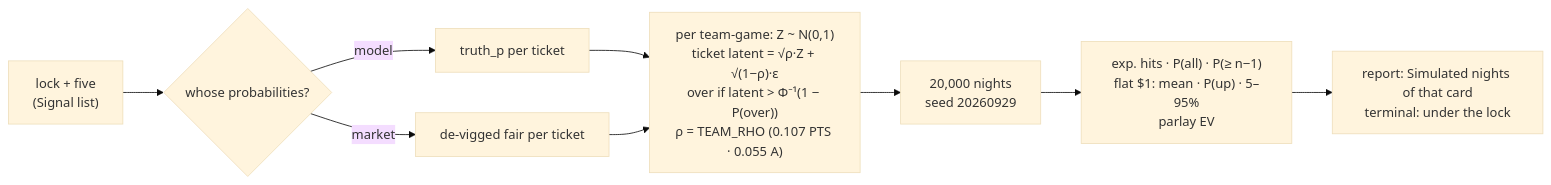
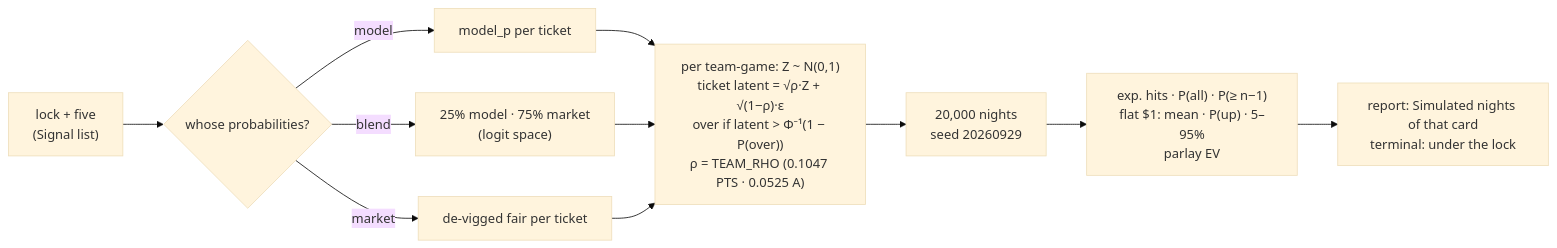
Diagram 25 of 27 in README.md (wbp318/cfb_soccer_nhl_2026_2027), drawn with Mermaid (base theme) before and after one commit. The commit also changed other lines of this file and 10 other files, not shown here.

````diff
--- a/README.md
+++ b/README.md
@@ -1287,10 +1339,11 @@
 ```mermaid
 flowchart LR
     CARD["lock + five\n(Signal list)"] --> SRC{"whose probabilities?"}
-    SRC -->|"model"| PM["truth_p per ticket"]
+    SRC -->|"model"| PM["model_p per ticket"]
+    SRC -->|"blend"| PB["25% model · 75% market\n(logit space)"]
     SRC -->|"market"| PK["de-vigged fair per ticket"]
-    PM & PK --> COP["per team-game: Z ~ N(0,1)\nticket latent = √ρ·Z + √(1−ρ)·ε\nover if latent > Φ⁻¹(1 − P(over))\nρ = TEAM_RHO (0.107 PTS · 0.055 A)"]
+    PM & PB & PK --> COP["per team-game: Z ~ N(0,1)\nticket latent = √ρ·Z + √(1−ρ)·ε\nover if latent > Φ⁻¹(1 − P(over))\nρ = TEAM_RHO (0.1047 PTS · 0.0525 A)"]
     COP --> SIMN["20,000 nights\nseed 20260929"]
     SIMN --> OUT["exp. hits · P(all) · P(≥ n−1)\nflat $1: mean · P(up) · 5–95%\nparlay EV"]
     OUT --> REP["report: Simulated nights of that card\nterminal: under the lock"]
 ```
````
